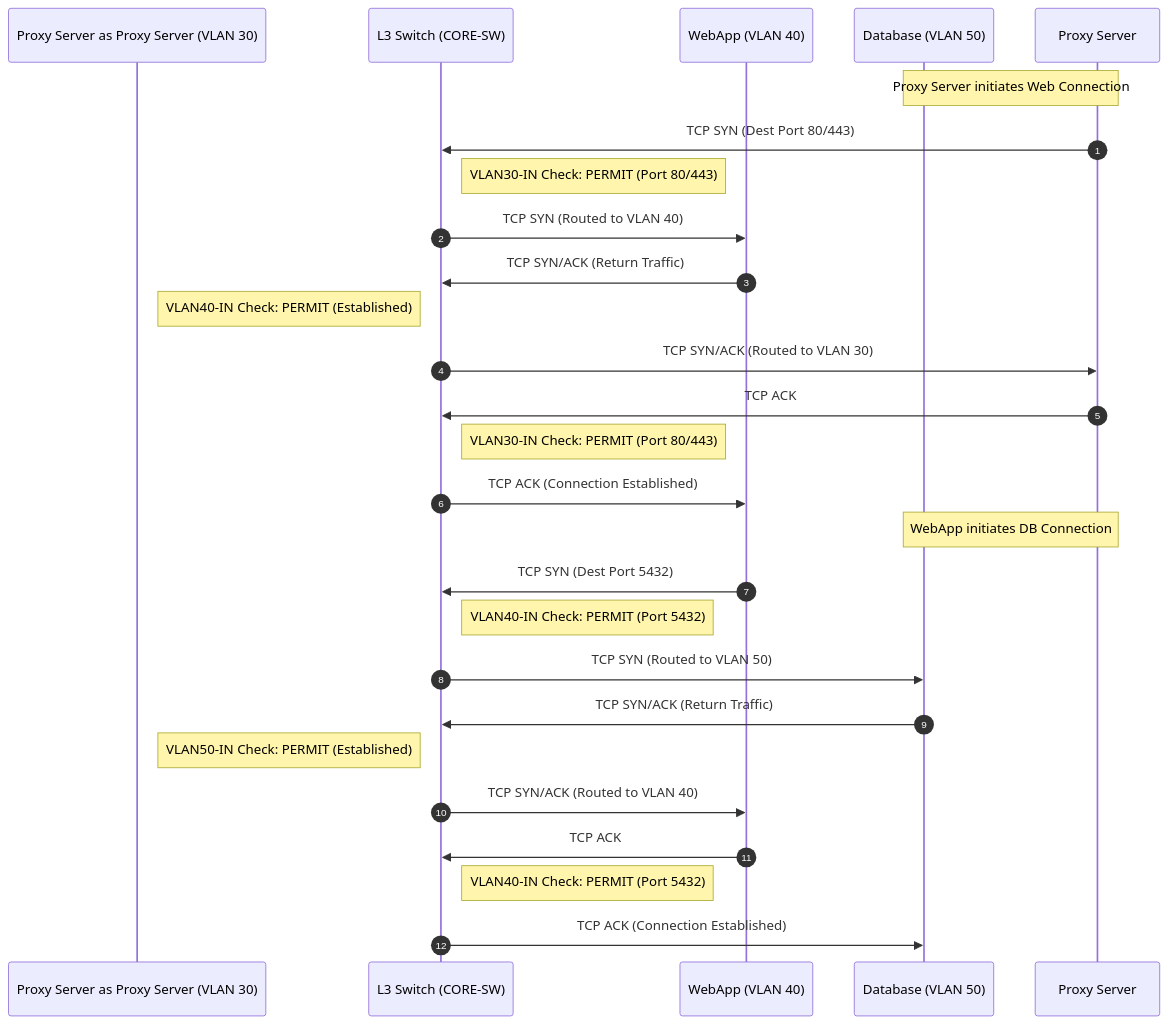
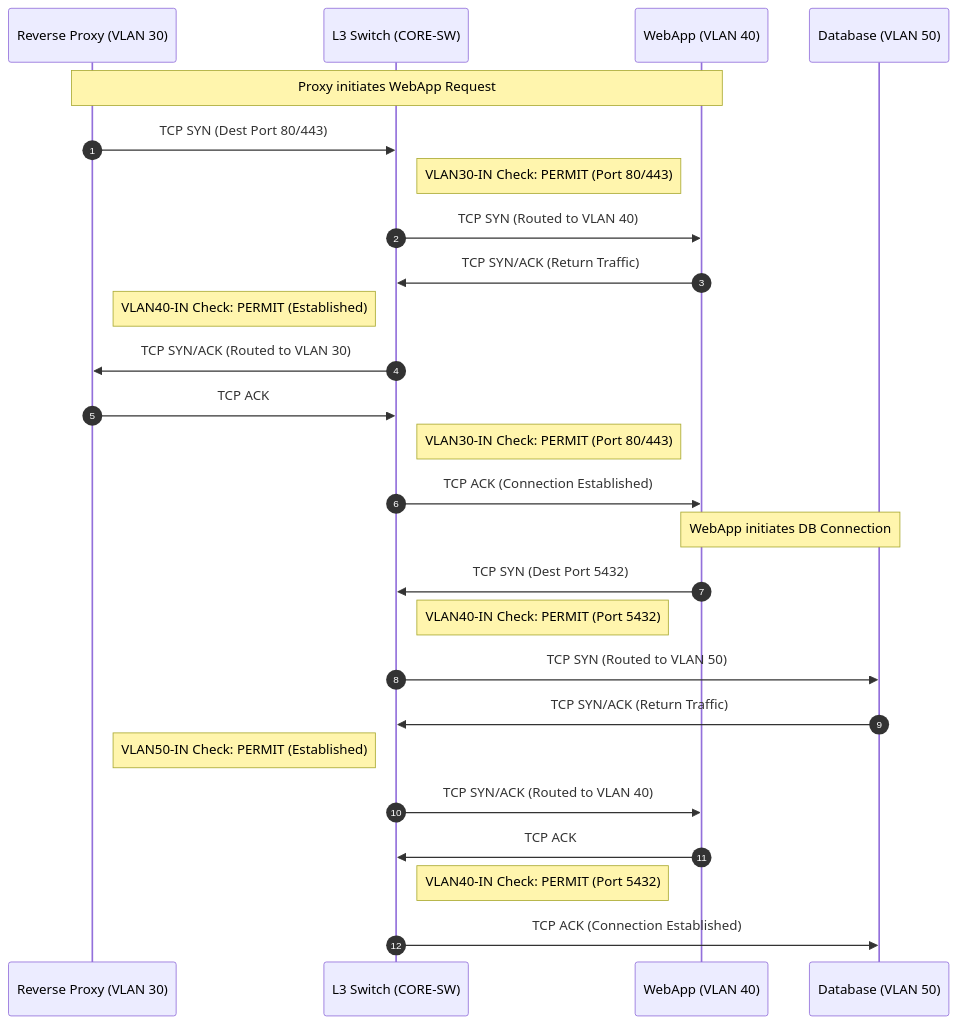
Before and after one commit to davis-boudreau/ISEC2700: the diagram in mp3/saitge-isec2700-mp3-04-secure-core-switch.md, drawn with Mermaid. The commit also changed 6 other files, not shown here.

Commit message:
final pass on labs for mp3.  TO DO: regenerate reverse proxy based on netplan , add routes for core switch

````diff
--- a/mp3/saitge-isec2700-mp3-04-secure-core-switch.md
+++ b/mp3/saitge-isec2700-mp3-04-secure-core-switch.md
@@ -77,34 +77,34 @@
 ```mermaid
 sequenceDiagram
     autonumber
-    participant Proxy Server as Proxy Server (VLAN 30)
+    participant RP as Reverse Proxy (VLAN 30)
     participant SW as L3 Switch (CORE-SW)
     participant Web as WebApp (VLAN 40)
     participant DB as Database (VLAN 50)
 
-    Note over Proxy Server, DB: Proxy Server initiates Web Connection
-    Proxy Server->>SW: TCP SYN (Dest Port 80/443)
+    Note over RP, Web: Proxy initiates WebApp Request
+    RP->>SW: TCP SYN (Dest Port 80/443)
     Note right of SW: VLAN30-IN Check: PERMIT (Port 80/443)
     SW->>Web: TCP SYN (Routed to VLAN 40)
     
     Web->>SW: TCP SYN/ACK (Return Traffic)
     Note left of SW: VLAN40-IN Check: PERMIT (Established)
-    SW->>Proxy Server: TCP SYN/ACK (Routed to VLAN 30)
+    SW->>RP: TCP SYN/ACK (Routed to VLAN 30)
     
-    Proxy Server->>SW: TCP ACK
+    RP->>SW: TCP ACK
     Note right of SW: VLAN30-IN Check: PERMIT (Port 80/443)
     SW->>Web: TCP ACK (Connection Established)
 
-    Note over Proxy Server, DB: WebApp initiates DB Connection
+    Note over Web, DB: WebApp initiates DB Connection
     Web->>SW: TCP SYN (Dest Port 5432)
     Note right of SW: VLAN40-IN Check: PERMIT (Port 5432)
     SW->>DB: TCP SYN (Routed to VLAN 50)
 
     DB->>SW: TCP SYN/ACK (Return Traffic)
     Note left of SW: VLAN50-IN Check: PERMIT (Established)
     SW->>Web: TCP SYN/ACK (Routed to VLAN 40)
 
     Web->>SW: TCP ACK
     Note right of SW: VLAN40-IN Check: PERMIT (Port 5432)
     SW->>DB: TCP ACK (Connection Established)
 ```
````
